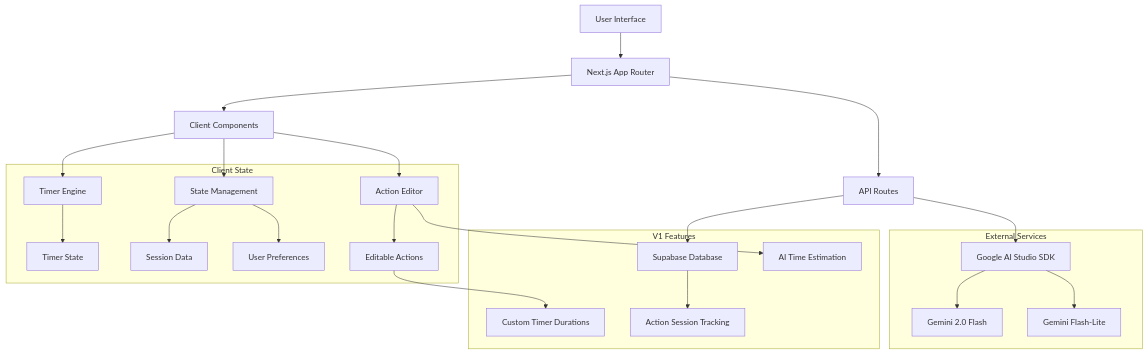
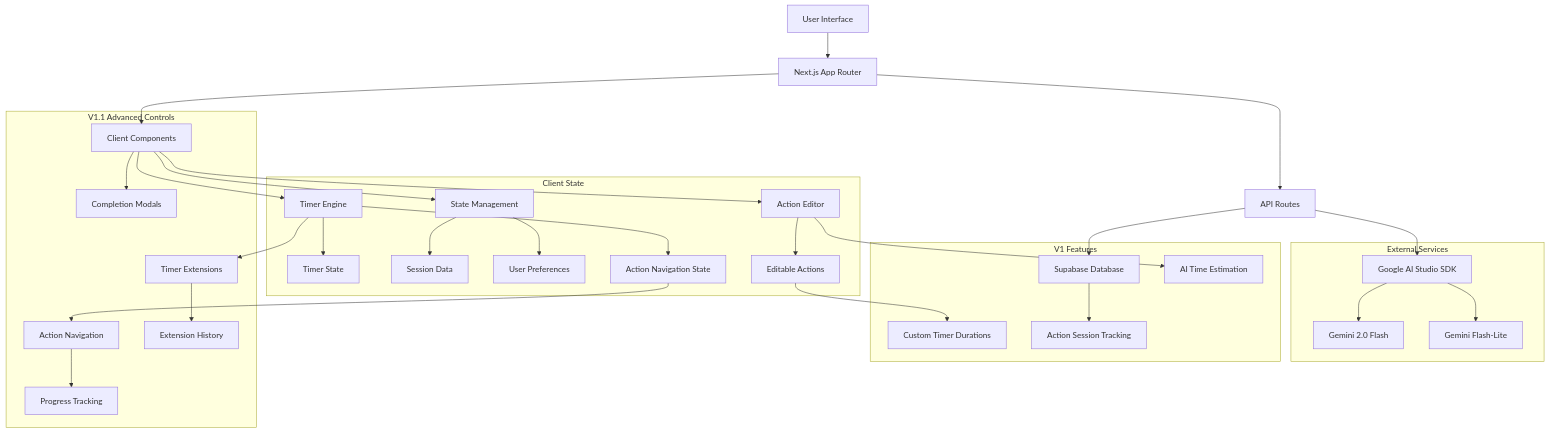
The first of 2 diagrams in .kiro/specs/firefly-adhd-focus-app/design.md (mikaelaldy/firefly), drawn with Mermaid before and after one commit. The commit also changed other lines of this file and 10 other files, not shown here.

Commit message:
add action timer

````diff
--- a/.kiro/specs/firefly-adhd-focus-app/design.md
+++ b/.kiro/specs/firefly-adhd-focus-app/design.md
@@ -22,29 +22,38 @@
 ```mermaid
 graph TB
     A[User Interface] --> B[Next.js App Router]
     B --> C[API Routes]
     C --> D[Google AI Studio SDK]
     C --> E[Supabase Database]
     B --> F[Client Components]
     F --> G[Timer Engine]
     F --> H[State Management]
     F --> N[Action Editor]
     
     subgraph "External Services"
         D --> I[Gemini 2.0 Flash]
         D --> J[Gemini Flash-Lite]
     end
     
     subgraph "Client State"
         G --> K[Timer State]
         H --> L[Session Data]
         H --> M[User Preferences]
         N --> O[Editable Actions]
+        G --> S[Action Navigation State]
     end
     
     subgraph "V1 Features"
         N --> P[AI Time Estimation]
         O --> Q[Custom Timer Durations]
         E --> R[Action Session Tracking]
     end
+    
+    subgraph "V1.1 Advanced Controls"
+        G --> T[Timer Extensions]
+        S --> U[Action Navigation]
+        F --> V[Completion Modals]
+        T --> W[Extension History]
+        U --> X[Progress Tracking]
+    end
 ```
````
